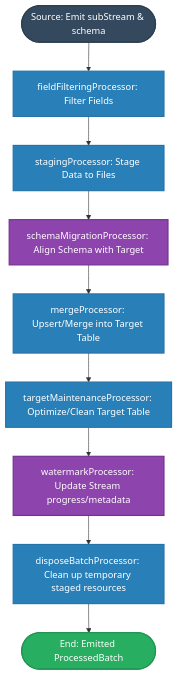
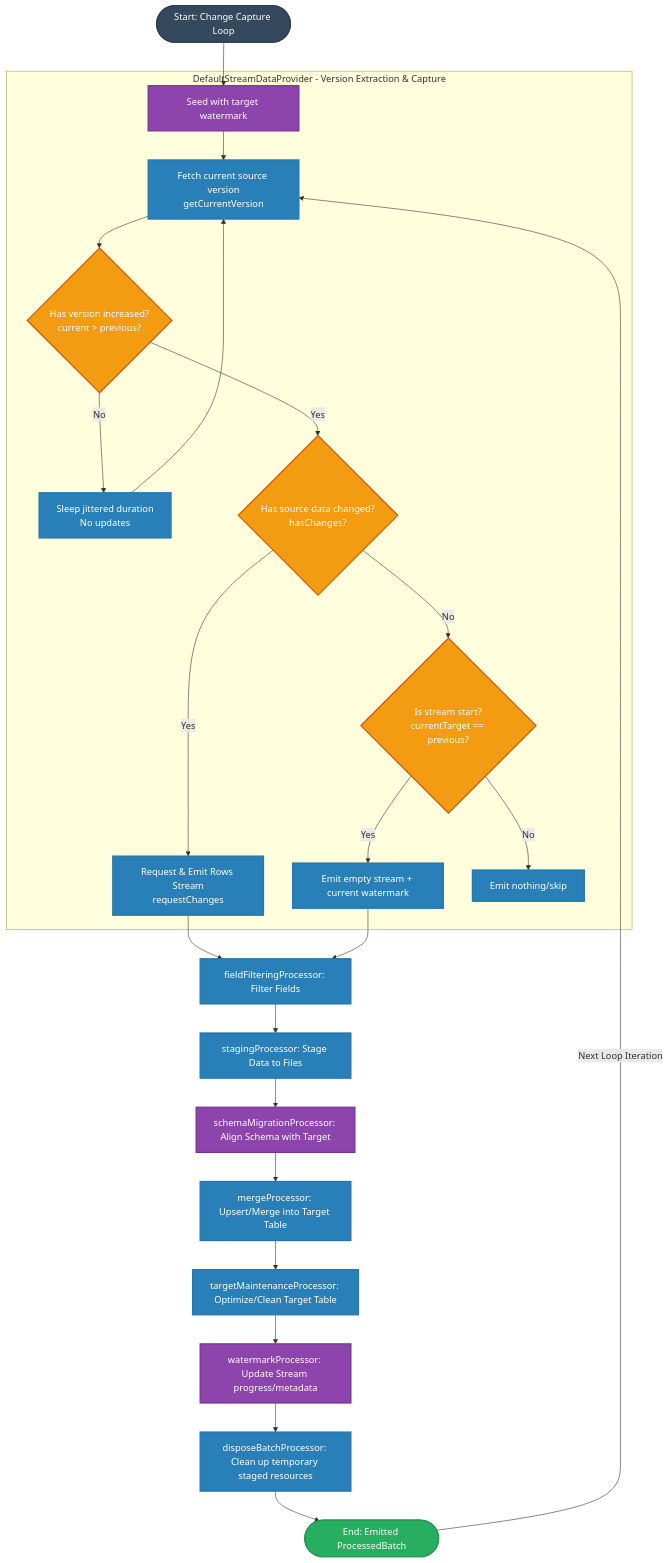
One commit to SneaksAndData/arcane-framework-scala changed the diagram in docs/default_streaming_graph_builder.md. Above: the diagram before and after it, drawn with Mermaid. The commit also changed other lines of this file, not shown here.

Commit message:
Add stream doc

````diff
--- a/docs/default_streaming_graph_builder.md
+++ b/docs/default_streaming_graph_builder.md
@@ -45,29 +53,65 @@
 ```mermaid
 graph TD
     %% Define Styles
     classDef init fill:#34495e,stroke:#2c3e50,stroke-width:2px,color:#fff;
     classDef process fill:#2980b9,stroke:#2573a7,stroke-width:2px,color:#fff;
+    classDef decision fill:#f39c12,stroke:#d35400,stroke-width:2px,color:#fff;
     classDef state fill:#8e44ad,stroke:#71338c,stroke-width:2px,color:#fff;
     classDef endNode fill:#27ae60,stroke:#219653,stroke-width:2px,color:#fff;
 
-    Start([Source: Emit subStream & schema]):::init
+    Start([Start: Change Capture Loop]):::init
     
+    subgraph Stream_Initialization [DefaultStreamDataProvider - Version Extraction & Capture]
+        Seed[Seed with target watermark]:::state
+        FetchVersion[Fetch current source version<br>getCurrentVersion]:::process
+        CheckVersion{Has version increased?<br>current > previous?}:::decision
+        Sleep[Sleep jittered duration<br>No updates]:::process
+        
+        CheckChanges{Has source data changed?<br>hasChanges?}:::decision
+        CheckStart{Is stream start?<br>currentTarget == previous?}:::decision
+        
+        EmitChanges[Request & Emit Rows Stream<br>requestChanges]:::process
+        EmitEmptyWatermark[Emit empty stream + current watermark]:::process
+        EmptyStream[Emit nothing/skip]:::process
+    end
+
     FieldFilter[fieldFilteringProcessor: Filter Fields]:::process
     Staging[stagingProcessor: Stage Data to Files]:::process
     SchemaMigration[schemaMigrationProcessor: Align Schema with Target]:::state
     MergeData[mergeProcessor: Upsert/Merge into Target Table]:::process
     Maintenance[targetMaintenanceProcessor: Optimize/Clean Target Table]:::process
     Watermark[watermarkProcessor: Update Stream progress/metadata]:::state
     Dispose[disposeBatchProcessor: Clean up temporary staged resources]:::process
     
     EndNode([End: Emitted ProcessedBatch]):::endNode
 
-    Start --> FieldFilter
+    %% Version Extraction Connections
+    Start --> Seed
+    Seed --> FetchVersion
+    FetchVersion --> CheckVersion
+    
+    CheckVersion -- No --> Sleep
+    Sleep --> FetchVersion
+    
+    CheckVersion -- Yes --> CheckChanges
+    CheckChanges -- Yes --> EmitChanges
+    CheckChanges -- No --> CheckStart
+    
+    CheckStart -- Yes --> EmitEmptyWatermark
+    CheckStart -- No --> EmptyStream
+    
+    %% Pipeline Connections
+    EmitChanges --> FieldFilter
+    EmitEmptyWatermark --> FieldFilter
+    
     FieldFilter --> Staging
     Staging --> SchemaMigration
     SchemaMigration --> MergeData
     MergeData --> Maintenance
     Maintenance --> Watermark
     Watermark --> Dispose
     Dispose --> EndNode
+    
+    %% Loop Resumption
+    EndNode -->|Next Loop Iteration| FetchVersion
 ```
````
